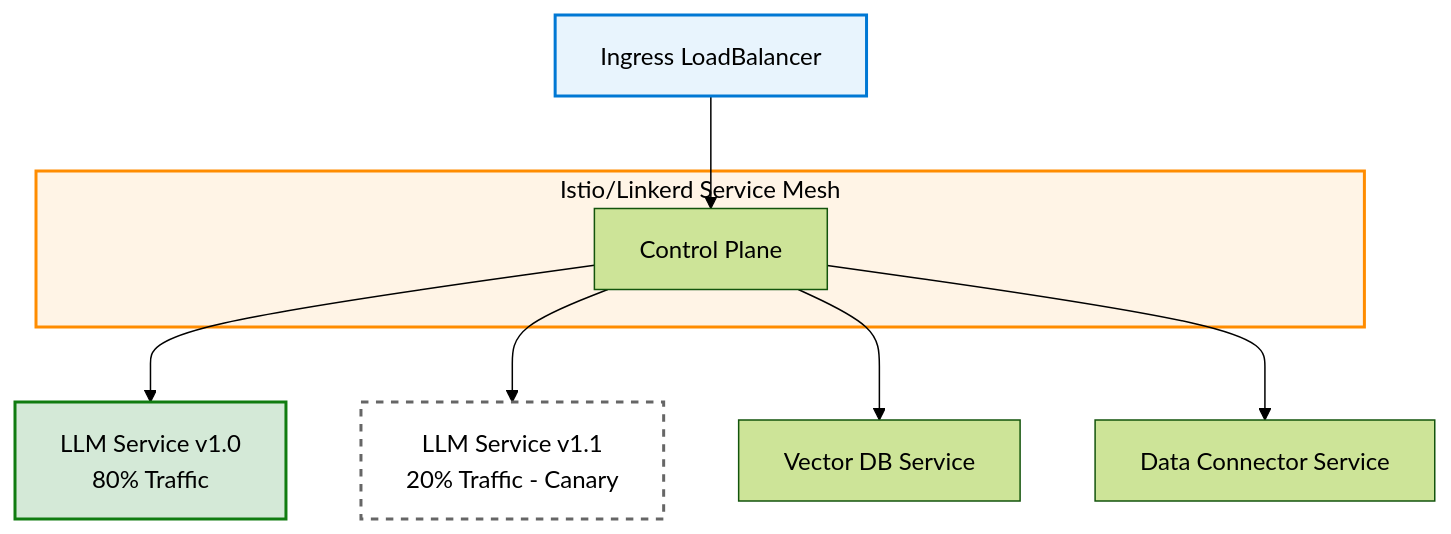
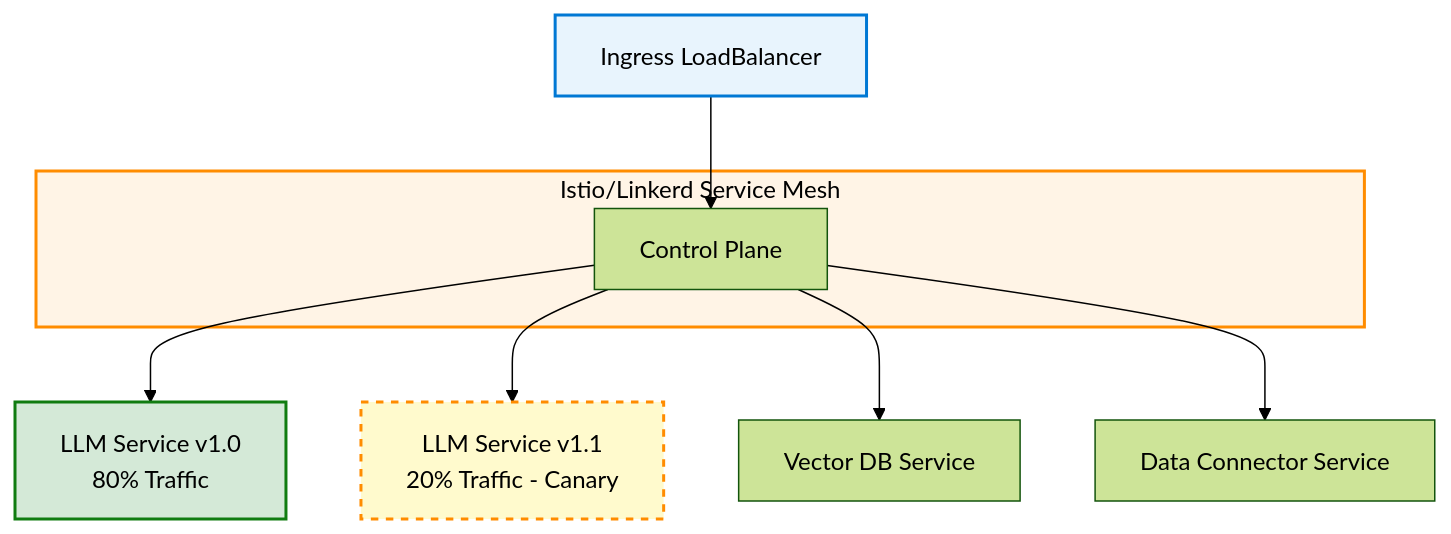
The second of 2 diagrams in docs/level-200/rag-deployment-strategies.md (jonathan-vella/microsoft-sovereign-cloud-brain-trek), drawn with Mermaid (forest theme) before and after one commit. The commit also changed 1 other file, not shown here.

Commit message:
Address code review feedback - improve visual accessibility

````diff
--- a/docs/level-200/rag-deployment-strategies.md
+++ b/docs/level-200/rag-deployment-strategies.md
@@ -129,24 +129,24 @@
 ```mermaid
 graph TB
     Ingress[Ingress LoadBalancer]
     
     subgraph ServiceMesh[Istio/Linkerd Service Mesh]
         Control[Control Plane]
     end
     
     LLM1[LLM Service v1.0<br/>80% Traffic]
     LLM2[LLM Service v1.1<br/>20% Traffic - Canary]
     Vector[Vector DB Service]
     DataConn[Data Connector Service]
     
     Ingress --> Control
     Control --> LLM1
     Control --> LLM2
     Control --> Vector
     Control --> DataConn
     
     style Ingress fill:#E8F4FD,stroke:#0078D4,stroke-width:2px,color:#000
     style ServiceMesh fill:#FFF4E6,stroke:#FF8C00,stroke-width:2px,color:#000
     style LLM1 fill:#D4E9D7,stroke:#107C10,stroke-width:2px,color:#000
-    style LLM2 fill:#FFF,stroke:#666,stroke-width:2px,stroke-dasharray: 5 5,color:#000
+    style LLM2 fill:#FFFACD,stroke:#FF8C00,stroke-width:2px,stroke-dasharray: 5 5,color:#000
 ```
````
